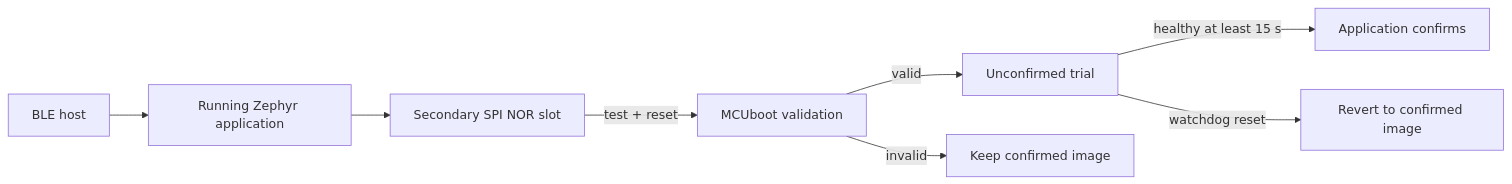
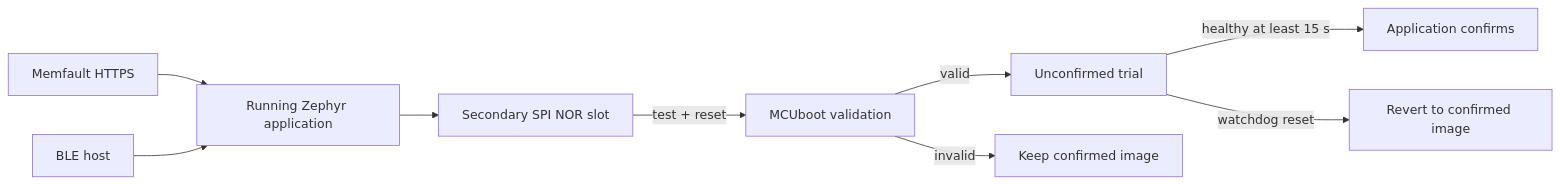
Before and after one commit to ese5180/f26-t02-wearable-buddy-system: the diagram in README.md, drawn with Mermaid. The commit also changed other lines of this file and 11 other files, not shown here.

````diff
--- a/README.md
+++ b/README.md
@@ -45,10 +60,11 @@
 ```mermaid
 flowchart LR
-    HOST[BLE host] --> APP[Running Zephyr application]
+    CLOUD[Memfault HTTPS] --> APP[Running Zephyr application]
+    HOST[BLE host] --> APP
     APP --> SLOT[Secondary SPI NOR slot]
     SLOT -->|test + reset| BOOT[MCUboot validation]
     BOOT -->|valid| TRIAL[Unconfirmed trial]
     BOOT -->|invalid| OLD[Keep confirmed image]
     TRIAL -->|healthy at least 15 s| CONFIRM[Application confirms]
     TRIAL -->|watchdog reset| REVERT[Revert to confirmed image]
 ```
````
